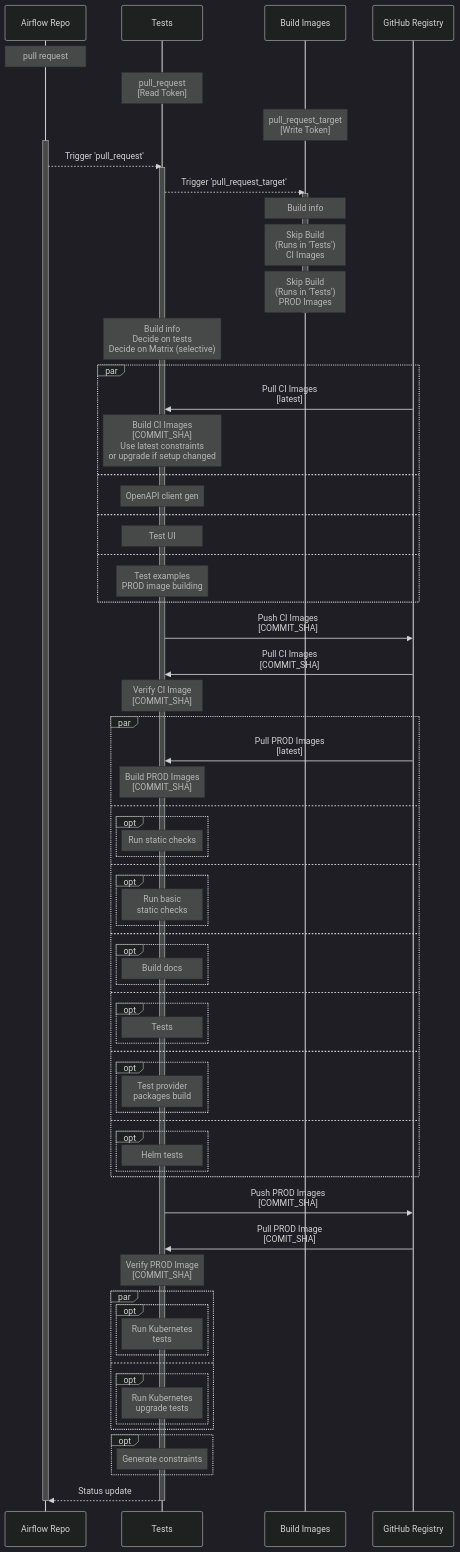
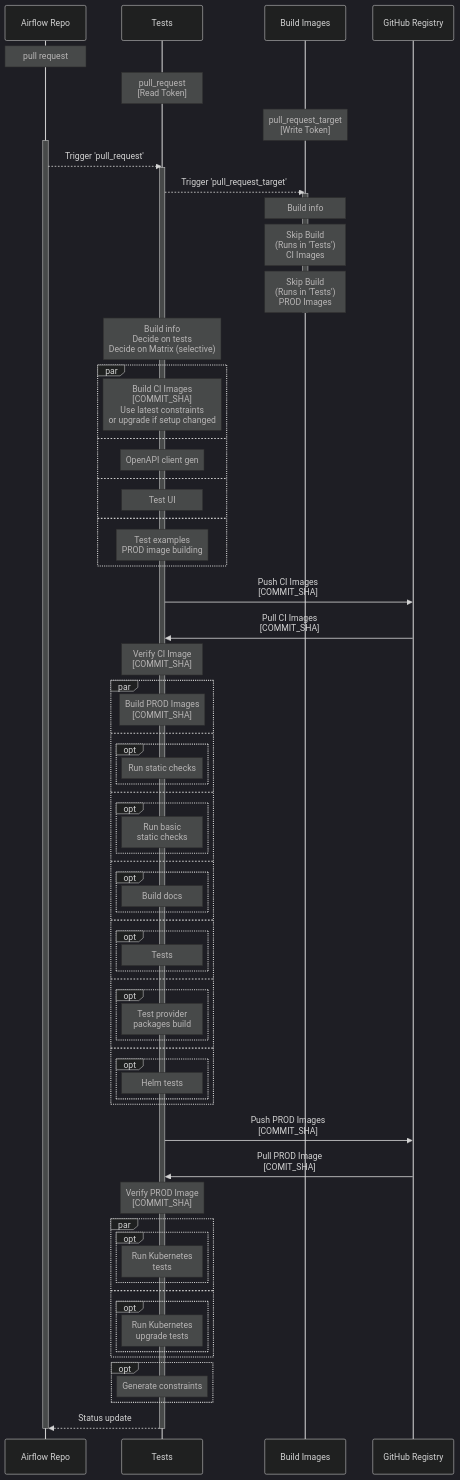
One commit to GoogleCloudPlatform/composer-airflow changed the second of 4 diagrams in CI_DIAGRAMS.md. Above: the diagram before and after it, drawn with Mermaid (dark theme). The commit also changed other lines of this file and 2 other files, not shown here.

First line of the commit message:
Enable pushing early image cache to ghcr.io registry (#26119)

````diff
--- a/CI_DIAGRAMS.md
+++ b/CI_DIAGRAMS.md
@@ -108,75 +107,73 @@
 ```mermaid
 sequenceDiagram
     Note over Airflow Repo: pull request
     Note over Tests: pull_request<br>[Read Token]
     Note over Build Images: pull_request_target<br>[Write Token]
     activate Airflow Repo
     Airflow Repo -->> Tests: Trigger 'pull_request'
     activate Tests
     Tests -->> Build Images: Trigger 'pull_request_target'
     activate Build Images
     Note over Build Images: Build info
     Note over Build Images: Skip Build<br>(Runs in 'Tests')<br>CI Images
     Note over Build Images: Skip Build<br>(Runs in 'Tests')<br>PROD Images
     deactivate Build Images
     Note over Tests: Build info<br>Decide on tests<br>Decide on Matrix (selective)
     par
-        GitHub Registry ->> Tests: Pull CI Images<br>[latest]
         Note over Tests: Build CI Images<br>[COMMIT_SHA]<br>Use latest constraints<br>or upgrade if setup changed
     and
         Note over Tests: OpenAPI client gen
     and
         Note over Tests: Test UI
     and
         Note over Tests: Test examples<br>PROD image building
     end
     Tests ->> GitHub Registry: Push CI Images<br>[COMMIT_SHA]
     GitHub Registry ->> Tests: Pull CI Images<br>[COMMIT_SHA]
     Note over Tests: Verify CI Image<br>[COMMIT_SHA]
     par
-        GitHub Registry ->> Tests: Pull PROD Images<br>[latest]
         Note over Tests: Build PROD Images<br>[COMMIT_SHA]
     and
         opt
             Note over Tests: Run static checks
         end
     and
         opt
             Note over Tests: Run basic <br>static checks
         end
     and
         opt
             Note over Tests: Build docs
         end
     and
         opt
             Note over Tests: Tests
         end
     and
         opt
             Note over Tests: Test provider <br>packages build
         end
     and
         opt
             Note over Tests: Helm tests
         end
     end
     Tests ->> GitHub Registry: Push PROD Images<br>[COMMIT_SHA]
     GitHub Registry ->> Tests: Pull PROD Image<br>[COMIT_SHA]
     Note over Tests: Verify PROD Image<br>[COMMIT_SHA]
     par
         opt
             Note over Tests: Run Kubernetes <br>tests
         end
     and
         opt
             Note over Tests: Run Kubernetes <br>upgrade tests
         end
     end
     opt
         Note over Tests: Generate constraints
     end
     Tests -->> Airflow Repo: Status update
     deactivate Airflow Repo
     deactivate Tests
 ```
````
